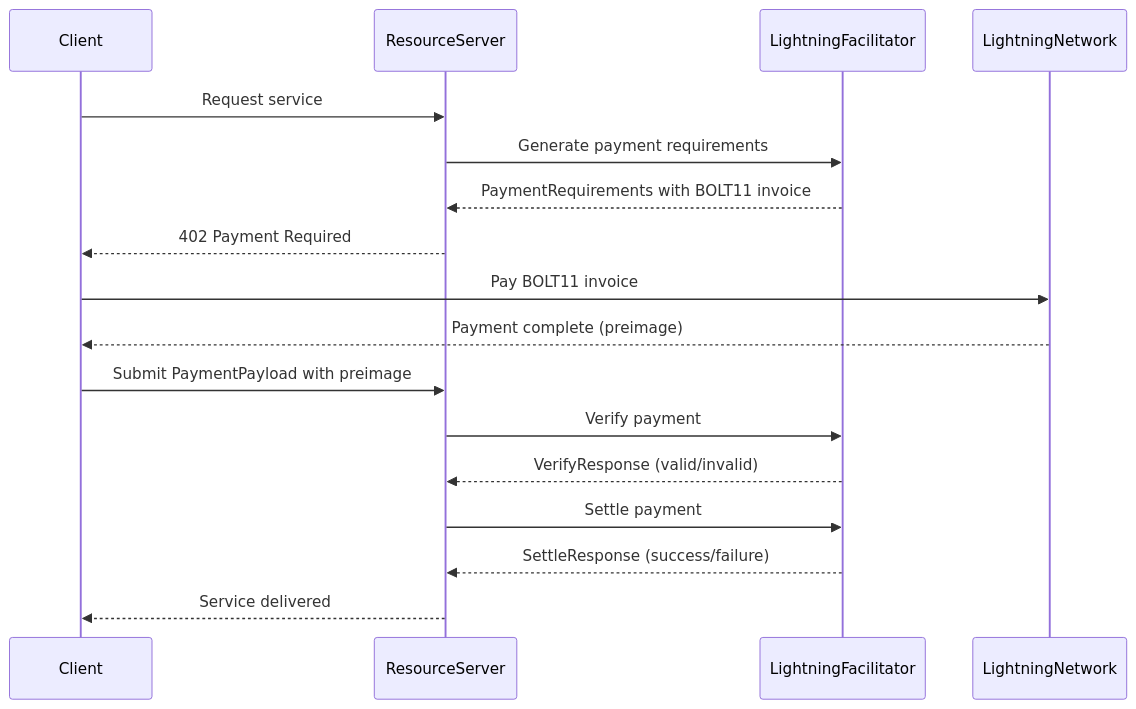
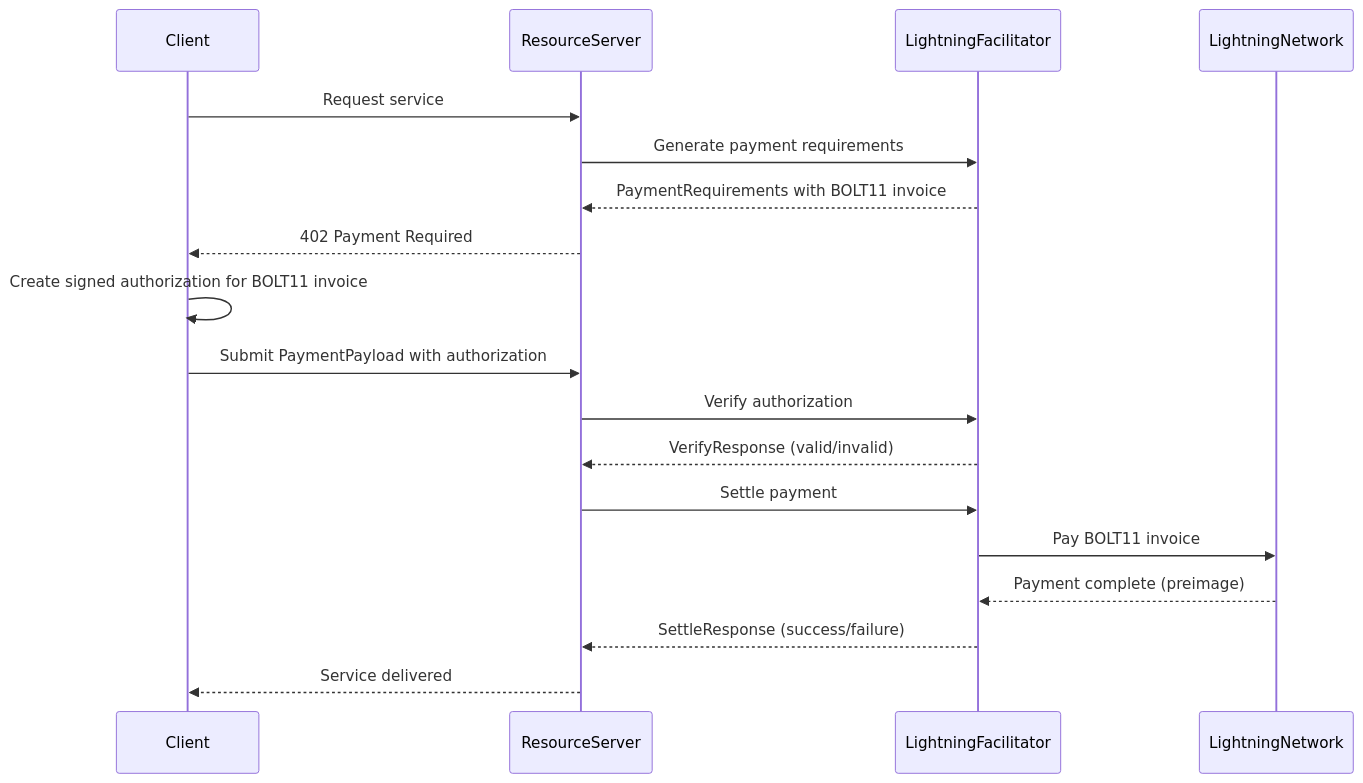
The diagram in schemes/scheme_exact_lightning.md (google-agentic-commerce/a2a-x402), drawn with Mermaid before and after one commit. The commit also changed other lines of this file, not shown here.

First line of the commit message:
fix: Correct Lightning scheme to follow x402 facilitator pattern

````diff
--- a/schemes/scheme_exact_lightning.md
+++ b/schemes/scheme_exact_lightning.md
@@ -34,22 +34,22 @@
 ```mermaid
 sequenceDiagram
    participant Client
    participant ResourceServer
    participant LightningFacilitator
    participant LightningNetwork
 
    Client->>ResourceServer: Request service
    ResourceServer->>LightningFacilitator: Generate payment requirements
    LightningFacilitator-->>ResourceServer: PaymentRequirements with BOLT11 invoice
    ResourceServer-->>Client: 402 Payment Required
 
-   Client->>LightningNetwork: Pay BOLT11 invoice
-   LightningNetwork-->>Client: Payment complete (preimage)
-
-   Client->>ResourceServer: Submit PaymentPayload with preimage
-   ResourceServer->>LightningFacilitator: Verify payment
+   Client->>Client: Create signed authorization for BOLT11 invoice
+   Client->>ResourceServer: Submit PaymentPayload with authorization
+   ResourceServer->>LightningFacilitator: Verify authorization
    LightningFacilitator-->>ResourceServer: VerifyResponse (valid/invalid)
    ResourceServer->>LightningFacilitator: Settle payment
+   LightningFacilitator->>LightningNetwork: Pay BOLT11 invoice
+   LightningNetwork-->>LightningFacilitator: Payment complete (preimage)
    LightningFacilitator-->>ResourceServer: SettleResponse (success/failure)
    ResourceServer-->>Client: Service delivered
 ```
````
